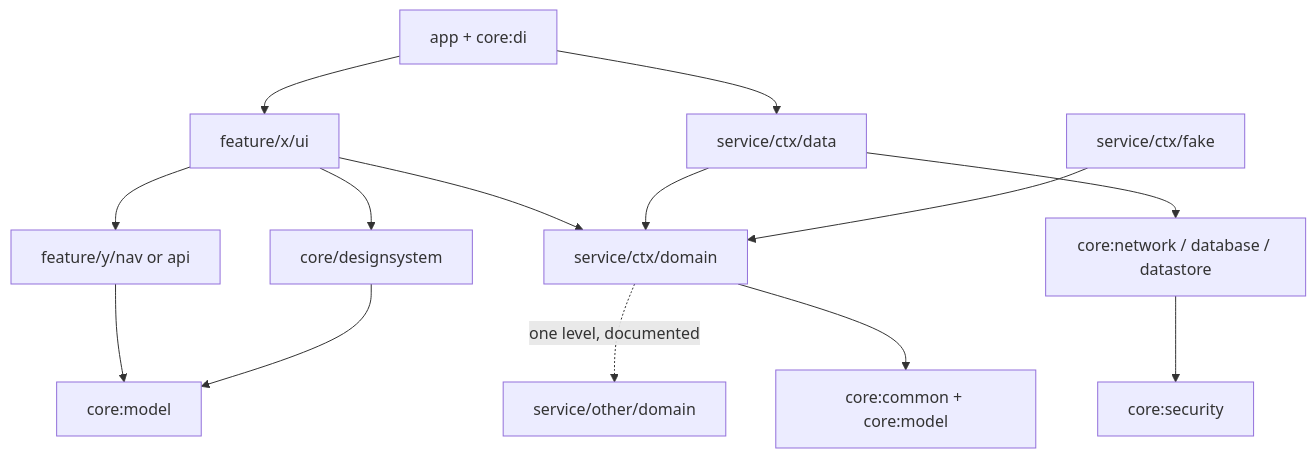
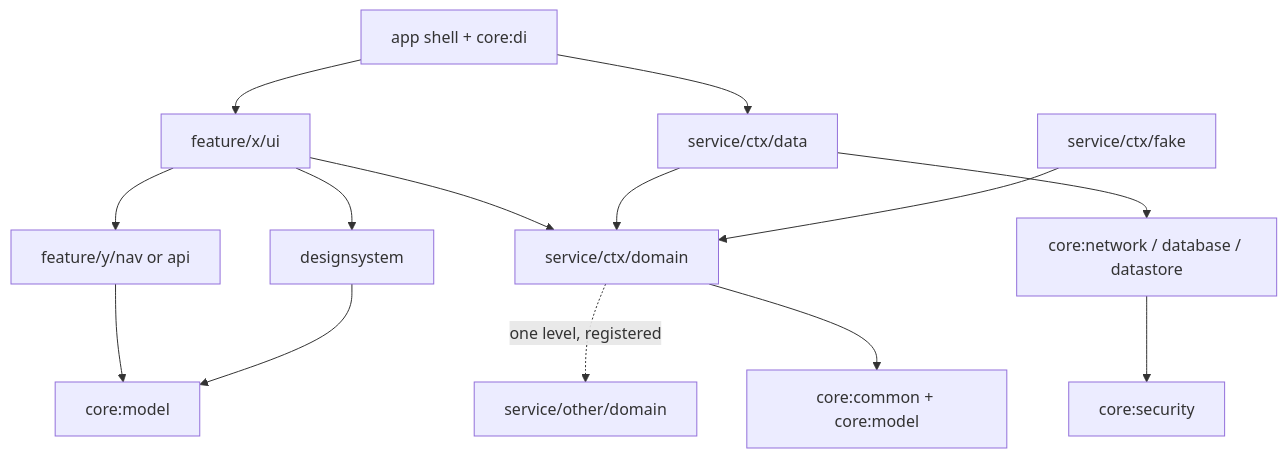
One commit to huuphuoc1396/kmp-tmdb-app changed the diagram in docs/architecture.md. Above: the diagram before and after it, drawn with Mermaid. The commit also changed other lines of this file and 4 other files, not shown here.

First line of the commit message:
Make architecture doc generic and move apps to directories

````diff
--- a/docs/architecture.md
+++ b/docs/architecture.md
@@ -147,16 +174,16 @@
 ```mermaid
 graph TD
-  ROOT[app + core:di] --> UI[feature/x/ui]
+  ROOT[app shell + core:di] --> UI[feature/x/ui]
   ROOT --> DATA[service/ctx/data]
   UI --> NAV[feature/y/nav or api]
   UI --> DOMAIN[service/ctx/domain]
-  UI --> DS[core/designsystem]
-  DOMAIN -.->|one level, documented| DOMAIN2[service/other/domain]
+  UI --> DS[designsystem]
+  DOMAIN -.->|one level, registered| DOMAIN2[service/other/domain]
   DATA --> DOMAIN
   FAKE[service/ctx/fake] --> DOMAIN
   DOMAIN --> KERNEL[core:common + core:model]
   DATA --> INFRA[core:network / database / datastore]
   INFRA --> SECURITY[core:security]
   NAV --> MODEL[core:model]
   DS --> MODEL
 ```
````
